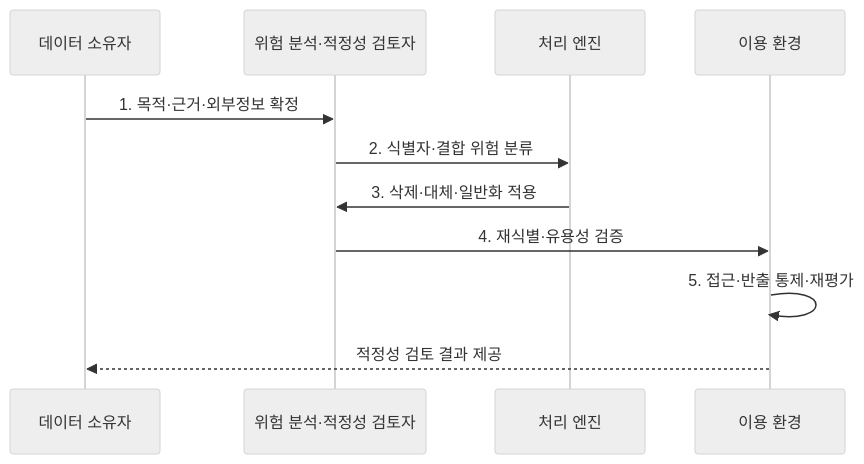
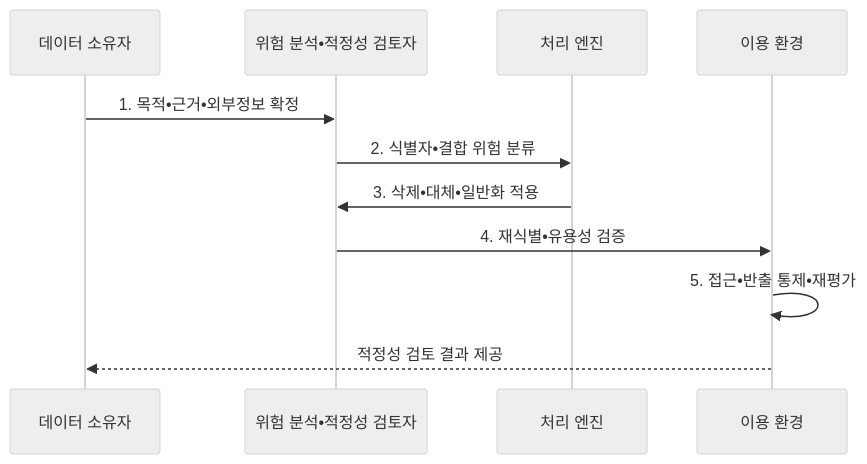
The second of 2 diagrams in src/content/docs/notes/05-security/098_de_identification.md (agnusdei1207/knowledge-base), drawn with Mermaid (neutral theme) before and after one commit. The commit also changed other lines of this file and 953 other files, not shown here.

````diff
--- a/src/content/docs/notes/05-security/098_de_identification.md
+++ b/src/content/docs/notes/05-security/098_de_identification.md
@@ -98,13 +98,13 @@
 ```mermaid
 sequenceDiagram
     participant O as 데이터 소유자
-    participant A as 위험 분석·적정성 검토자
+    participant A as 위험 분석•적정성 검토자
     participant P as 처리 엔진
     participant U as 이용 환경
-    O->>A: 1. 목적·근거·외부정보 확정
-    A->>P: 2. 식별자·결합 위험 분류
-    P->>A: 3. 삭제·대체·일반화 적용
-    A->>U: 4. 재식별·유용성 검증
-    U->>U: 5. 접근·반출 통제·재평가
+    O->>A: 1. 목적•근거•외부정보 확정
+    A->>P: 2. 식별자•결합 위험 분류
+    P->>A: 3. 삭제•대체•일반화 적용
+    A->>U: 4. 재식별•유용성 검증
+    U->>U: 5. 접근•반출 통제•재평가
     U-->>O: 적정성 검토 결과 제공
 ```
````
